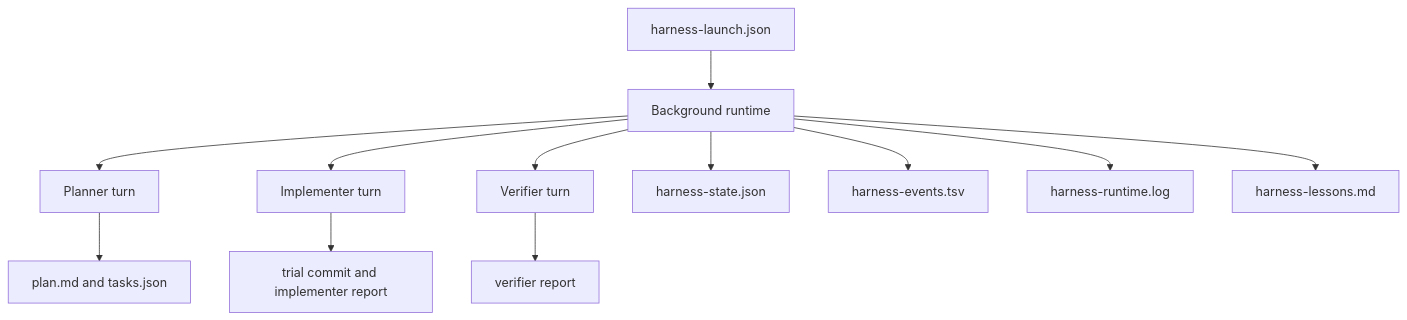
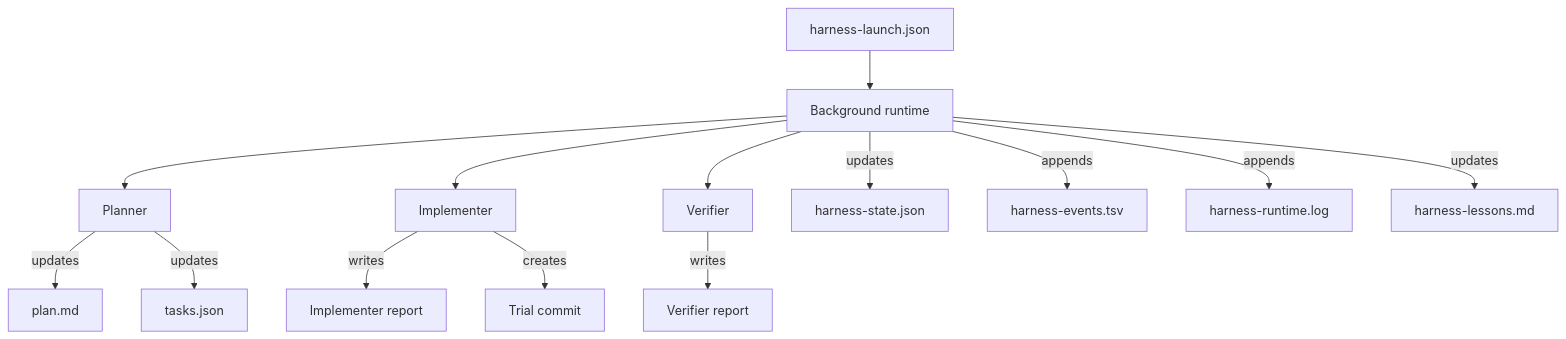
Before and after one commit to 0xabrar/harness: the second of 2 diagrams in README.md, drawn with Mermaid. The commit also changed other lines of this file, not shown here.

Commit message:
docs(readme): use noun-based diagram labels

````diff
--- a/README.md
+++ b/README.md
@@ -82,14 +84,16 @@
 ```mermaid
 flowchart TD
     A[harness-launch.json] --> B[Background runtime]
-    B --> C[Planner turn]
-    B --> D[Implementer turn]
-    B --> E[Verifier turn]
-    C --> F[plan.md and tasks.json]
-    D --> G[trial commit and implementer report]
-    E --> H[verifier report]
-    B --> I[harness-state.json]
-    B --> J[harness-events.tsv]
-    B --> K[harness-runtime.log]
-    B --> L[harness-lessons.md]
+    B --> C[Planner]
+    B --> D[Implementer]
+    B --> E[Verifier]
+    C -->|updates| F[plan.md]
+    C -->|updates| G[tasks.json]
+    D -->|writes| H[Implementer report]
+    D -->|creates| I[Trial commit]
+    E -->|writes| J[Verifier report]
+    B -->|updates| K[harness-state.json]
+    B -->|appends| L[harness-events.tsv]
+    B -->|appends| M[harness-runtime.log]
+    B -->|updates| N[harness-lessons.md]
 ```
````
